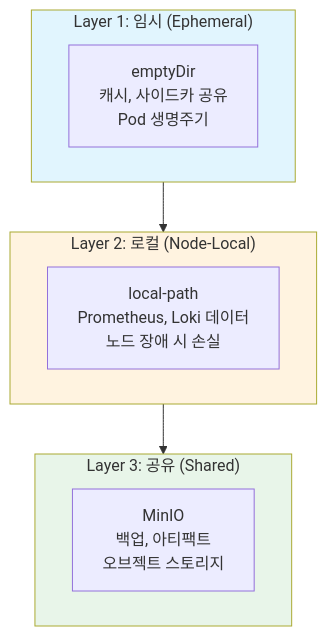
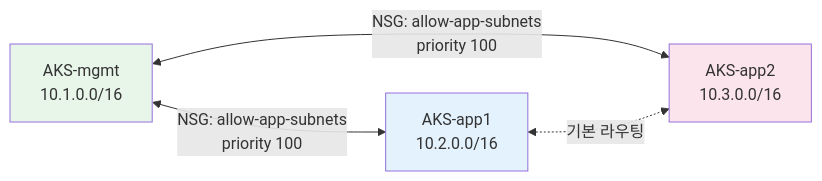
The third of 6 diagrams in document/on-premise/ARCHITECTURE.md (bocopile/mac-k8s-multipass-terraform), drawn with Mermaid before and after one commit. The commit also changed other lines of this file and 1 other file, not shown here.

````diff
--- a/document/on-premise/ARCHITECTURE.md
+++ b/document/on-premise/ARCHITECTURE.md
@@ -333,20 +271,14 @@
 ```mermaid
-flowchart TB
-    subgraph L1["Layer 1: 임시 (Ephemeral)"]
-        emptyDir["emptyDir<br/>캐시, 사이드카 공유<br/>Pod 생명주기"]
-    end
+flowchart LR
+    mgmt["AKS-mgmt<br/>10.1.0.0/16"]
+    app1["AKS-app1<br/>10.2.0.0/16"]
+    app2["AKS-app2<br/>10.3.0.0/16"]
 
-    subgraph L2["Layer 2: 로컬 (Node-Local)"]
-        localpath["local-path<br/>Prometheus, Loki 데이터<br/>노드 장애 시 손실"]
-    end
+    mgmt <-->|"NSG: allow-app-subnets<br/>priority 100"| app1
+    mgmt <-->|"NSG: allow-app-subnets<br/>priority 100"| app2
+    app1 <-.->|"기본 라우팅"| app2
 
-    subgraph L3["Layer 3: 공유 (Shared)"]
-        minio["MinIO<br/>백업, 아티팩트<br/>오브젝트 스토리지"]
-    end
-
-    L1 --> L2 --> L3
-
-    style L1 fill:#e1f5fe
-    style L2 fill:#fff3e0
-    style L3 fill:#e8f5e9
+    style mgmt fill:#e8f5e9
+    style app1 fill:#e3f2fd
+    style app2 fill:#fce4ec
 ```
````
